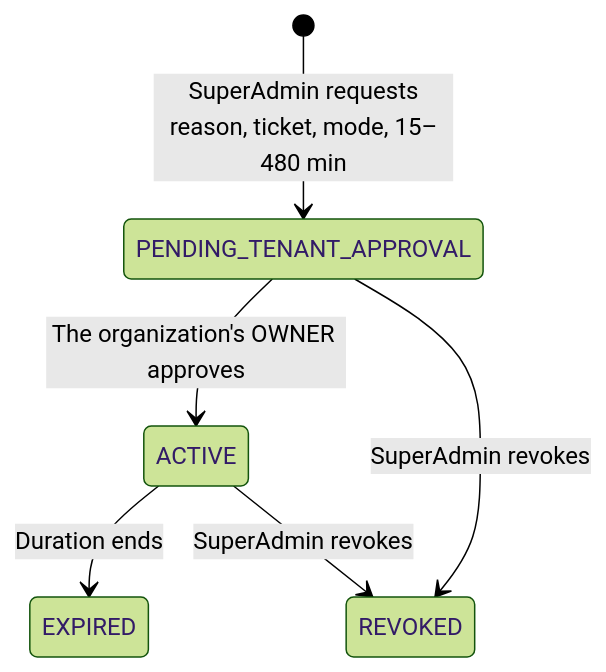
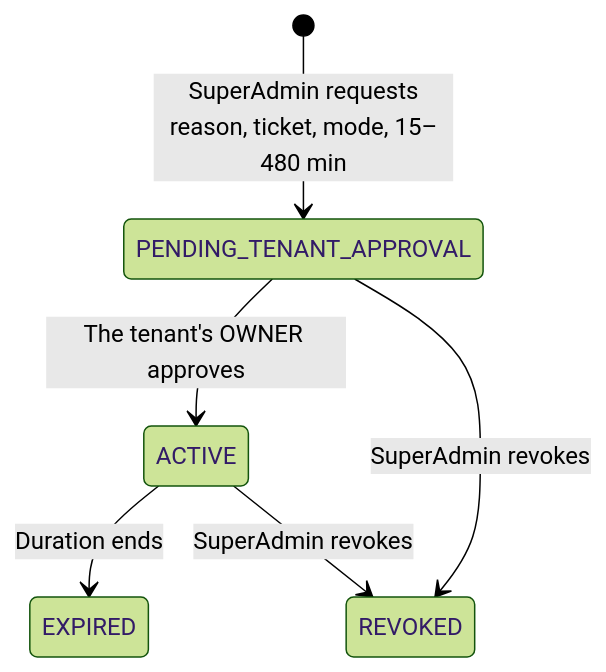
One commit to patelzz007/nestjs-nextjs-turborepo-starter-kit changed the third of 3 diagrams in docs/user-guide/10-account-and-security.md. Above: the diagram before and after it, drawn with Mermaid (forest theme). The commit also changed other lines of this file and 674 other files, not shown here.

````diff
--- a/docs/user-guide/10-account-and-security.md
+++ b/docs/user-guide/10-account-and-security.md
@@ -102,8 +102,8 @@
 ```mermaid
 stateDiagram-v2
     [*] --> PENDING_TENANT_APPROVAL: SuperAdmin requests<br/>reason, ticket, mode, 15–480 min
-    PENDING_TENANT_APPROVAL --> ACTIVE: The organization's OWNER approves
+    PENDING_TENANT_APPROVAL --> ACTIVE: The tenant's OWNER approves
     ACTIVE --> EXPIRED: Duration ends
     PENDING_TENANT_APPROVAL --> REVOKED: SuperAdmin revokes
     ACTIVE --> REVOKED: SuperAdmin revokes
 ```
````
